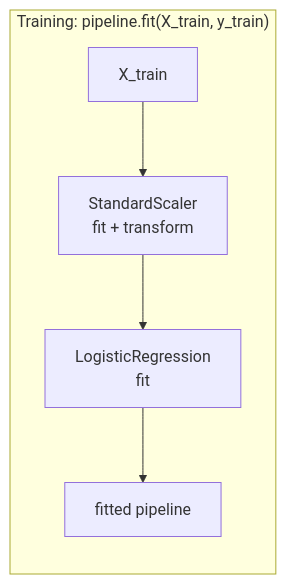
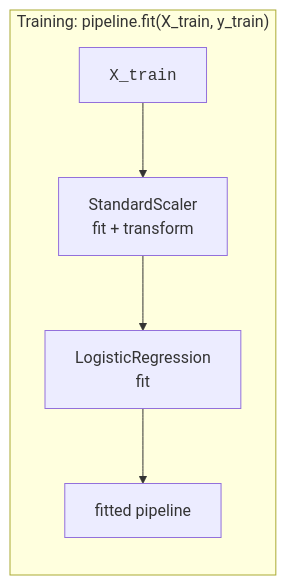
One commit to dataslope/dataslope changed the first of 3 diagrams in content/learn/machine-learning-scikit-learn/pipelines-and-columntransformer.mdx. Above: the diagram before and after it, drawn with Mermaid. The commit also changed other lines of this file and 153 other files, not shown here.

First line of the commit message:
Render code-only mermaid shapes in monospace; convert step sequences to Steps

````diff
--- a/content/learn/machine-learning-scikit-learn/pipelines-and-columntransformer.mdx
+++ b/content/learn/machine-learning-scikit-learn/pipelines-and-columntransformer.mdx
@@ -68,8 +68,8 @@
 ```mermaid
 flowchart LR
     subgraph Training ["Training: pipeline.fit(X_train, y_train)"]
-        A["X_train"] --> B["StandardScaler<br/>fit + transform"]
+        A["<code>X_train</code>"] --> B["StandardScaler<br/>fit + transform"]
         B --> C["LogisticRegression<br/>fit"]
         C --> D["fitted pipeline"]
     end
 ```
````
